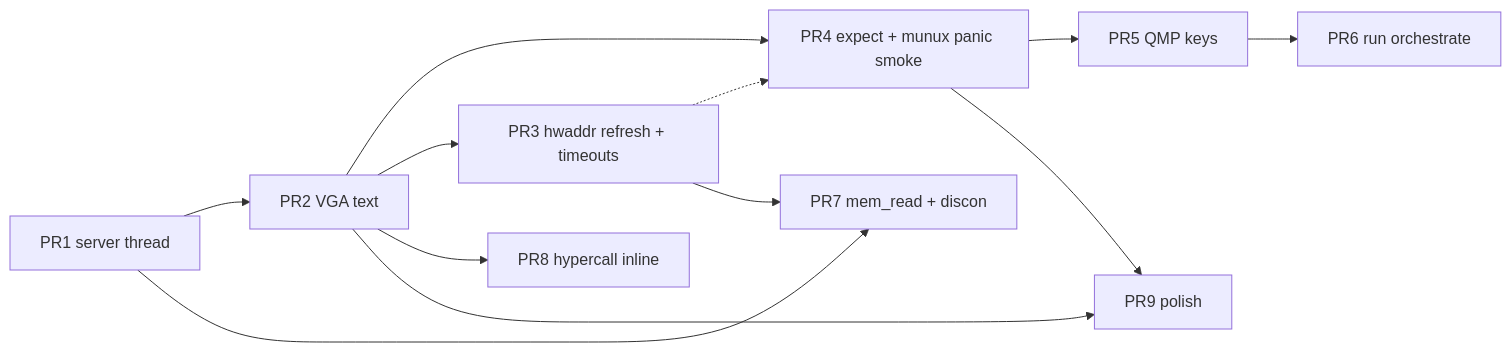
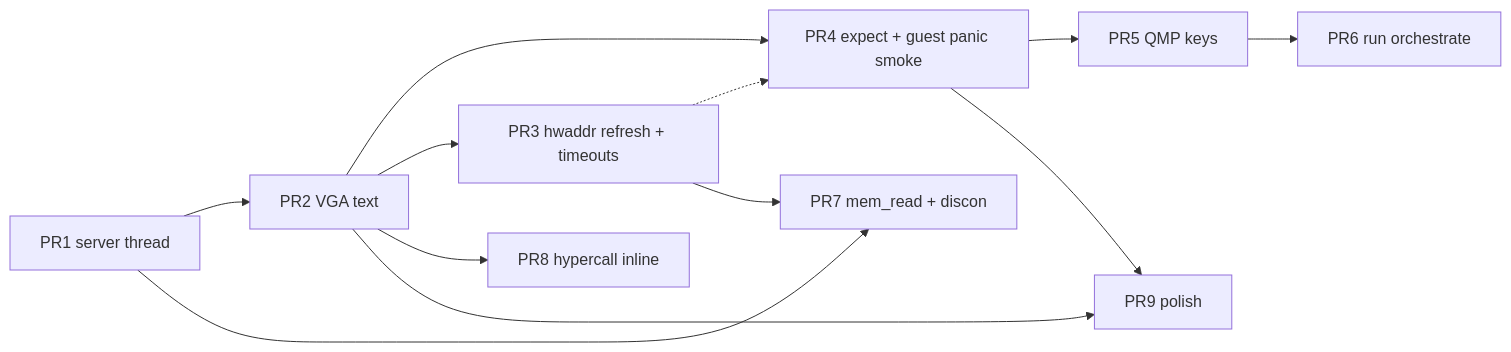
Before and after one commit to ft-mugurel/qemu-mip: the fourth of 4 diagrams in docs/IMPLEMENTATION_PLAN.md, drawn with Mermaid. The commit also changed other lines of this file and 32 other files, not shown here.

First line of the commit message:
Use generic guest-kernel naming instead of munux-specific terms

````diff
--- a/docs/IMPLEMENTATION_PLAN.md
+++ b/docs/IMPLEMENTATION_PLAN.md
@@ -1109,23 +1109,23 @@
 ```mermaid
 flowchart LR
   PR1[PR1 server thread]
   PR2[PR2 VGA text]
   PR3[PR3 hwaddr refresh + timeouts]
-  PR4[PR4 expect + munux panic smoke]
+  PR4[PR4 expect + guest panic smoke]
   PR5[PR5 QMP keys]
   PR6[PR6 run orchestrate]
   PR7[PR7 mem_read + discon]
   PR8[PR8 hypercall inline]
   PR9[PR9 polish]
 
   PR1 --> PR2
   PR2 --> PR4
   PR4 --> PR5 --> PR6
   PR2 --> PR3
   PR3 -.-> PR4
   PR1 --> PR7
   PR3 --> PR7
   PR2 --> PR8
   PR4 --> PR9
   PR2 --> PR9
 ```
````
